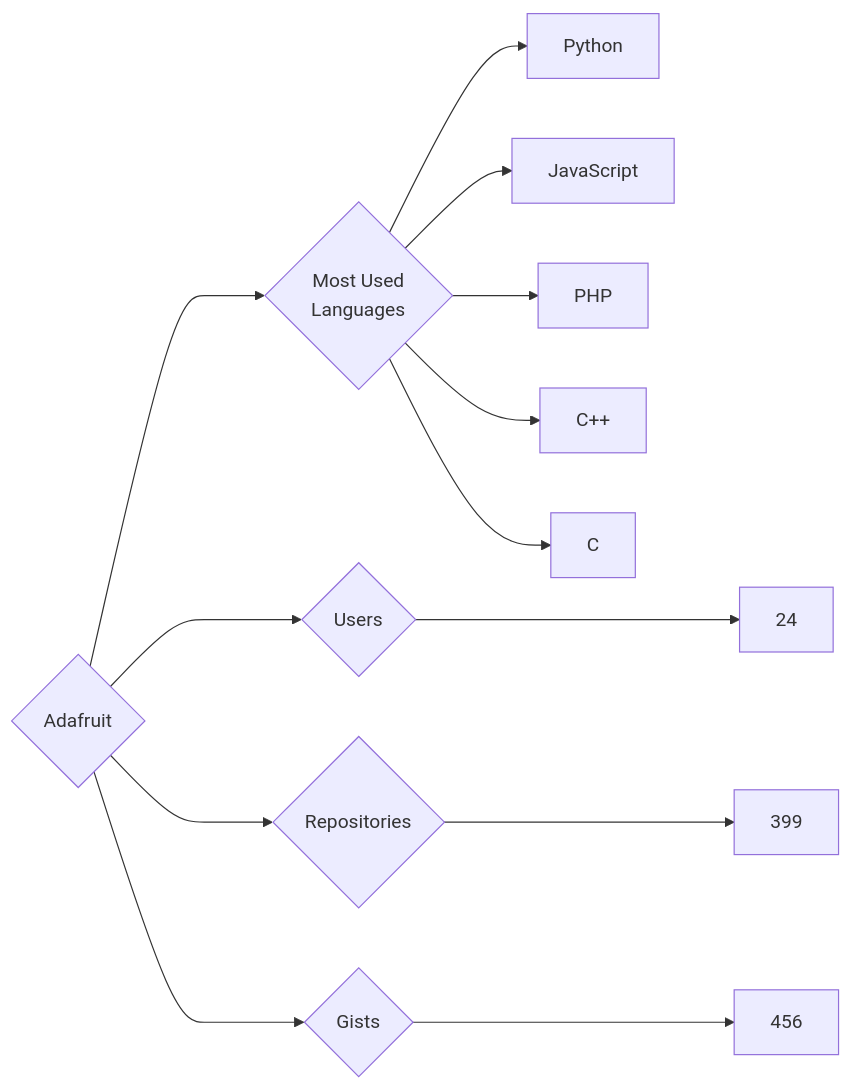
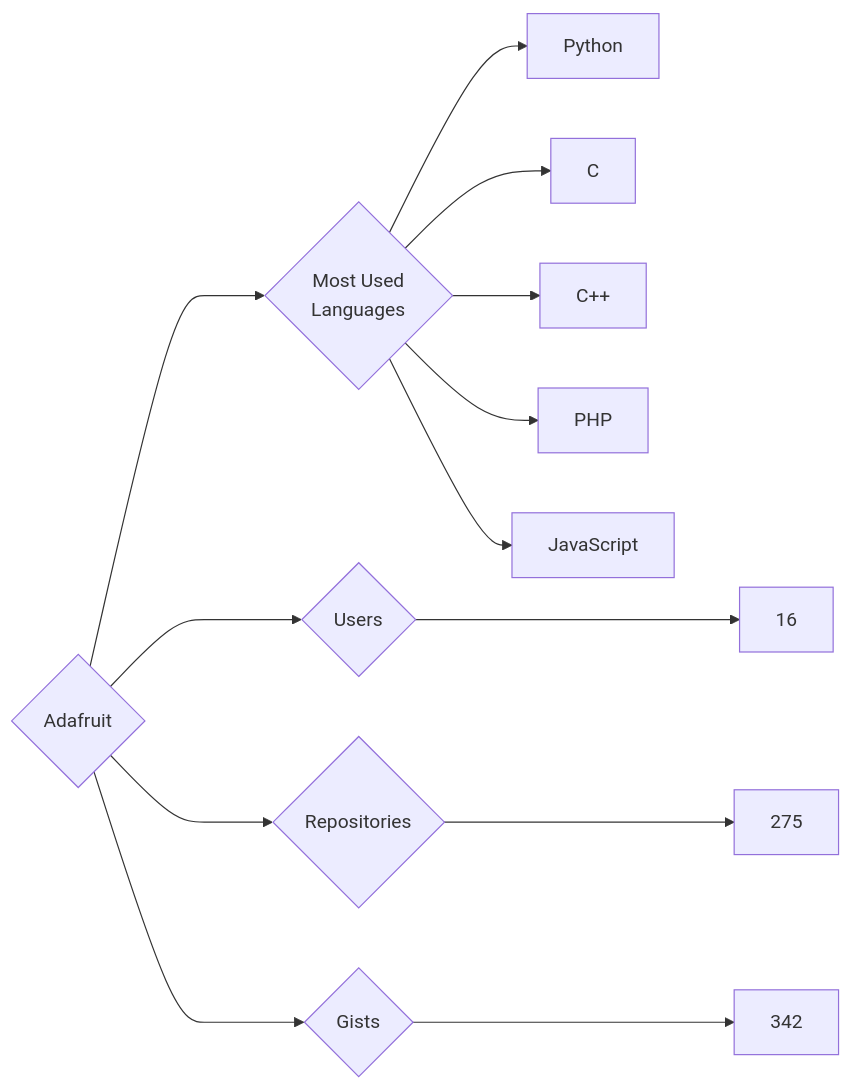
The diagram in targets/Adafruit/README.md (trickest/insiders), drawn with Mermaid before and after one commit. The commit also changed 951 other files, not shown here.

````diff
--- a/targets/Adafruit/README.md
+++ b/targets/Adafruit/README.md
@@ -3,13 +3,13 @@
 ```mermaid
 graph LR
 COMPANY_NAME{Adafruit}
-COMPANY_NAME ---> U{Users} ---> UN[24]
-COMPANY_NAME ---> R{Repositories} ---> RN[399]
-COMPANY_NAME ---> G{Gists} ---> GN[456]
+COMPANY_NAME ---> U{Users} ---> UN[16]
+COMPANY_NAME ---> R{Repositories} ---> RN[275]
+COMPANY_NAME ---> G{Gists} ---> GN[342]
 COMPANY_NAME ---> ML{Most Used<br>Languages}
 ML --> Python[Python]
+ML --> C[C]
+ML --> C++[C++]
+ML --> PHP[PHP]
 ML --> JavaScript[JavaScript]
-ML --> PHP[PHP]
-ML --> C++[C++]
-ML --> C[C]
 ```
````
